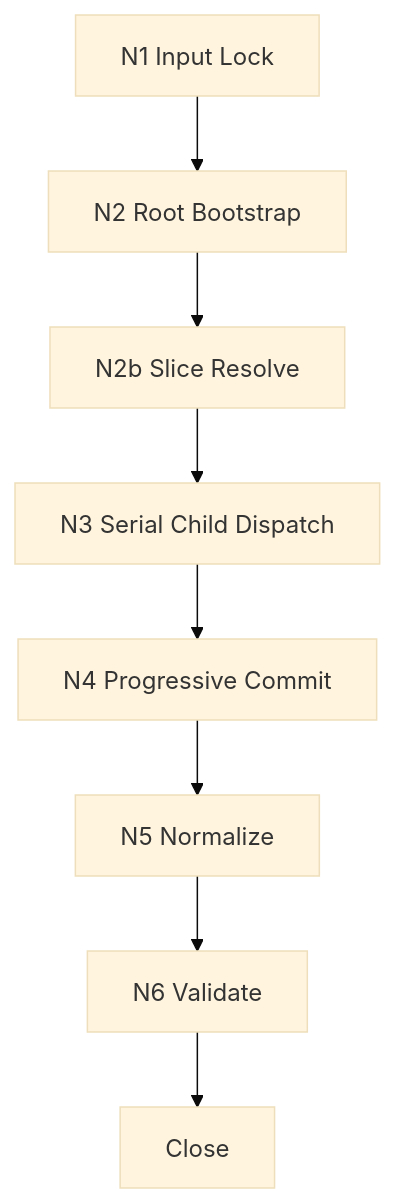
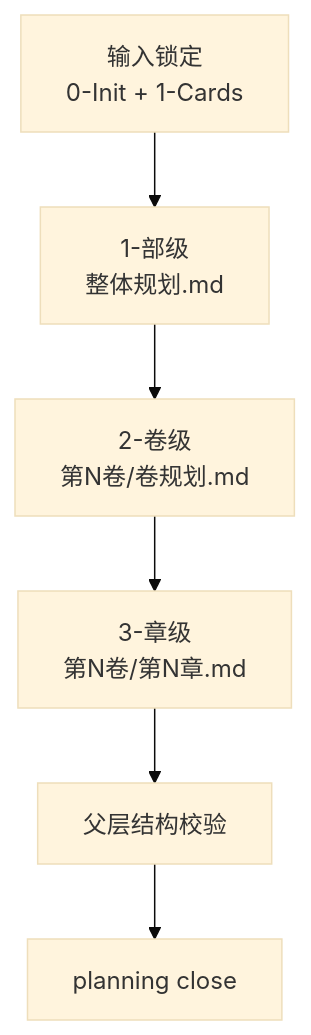
One commit to ZEN-VOID/AI-CUT changed the diagram in .agents/skills/story/2-Planning/SKILL.md. Above: the diagram before and after it, drawn with Mermaid (base theme). The commit also changed other lines of this file and 281 other files, not shown here.

````diff
--- a/.agents/skills/story/2-Planning/SKILL.md
+++ b/.agents/skills/story/2-Planning/SKILL.md
@@ -217,10 +181,8 @@
 ```mermaid
 flowchart TD
-    A["N1 Input Lock"] --> B["N2 Root Bootstrap"]
-    B --> B1["N2b Slice Resolve"]
-    B1 --> C["N3 Serial Child Dispatch"]
-    C --> D["N4 Progressive Commit"]
-    D --> E["N5 Normalize"]
-    E --> F["N6 Validate"]
-    F --> G["Close"]
+    A["输入锁定<br/>0-Init + 1-Cards"] --> B["1-部级<br/>整体规划.md"]
+    B --> C["2-卷级<br/>第N卷/卷规划.md"]
+    C --> D["3-章级<br/>第N卷/第N章.md"]
+    D --> E["父层结构校验"]
+    E --> F["planning close"]
 ```
````
